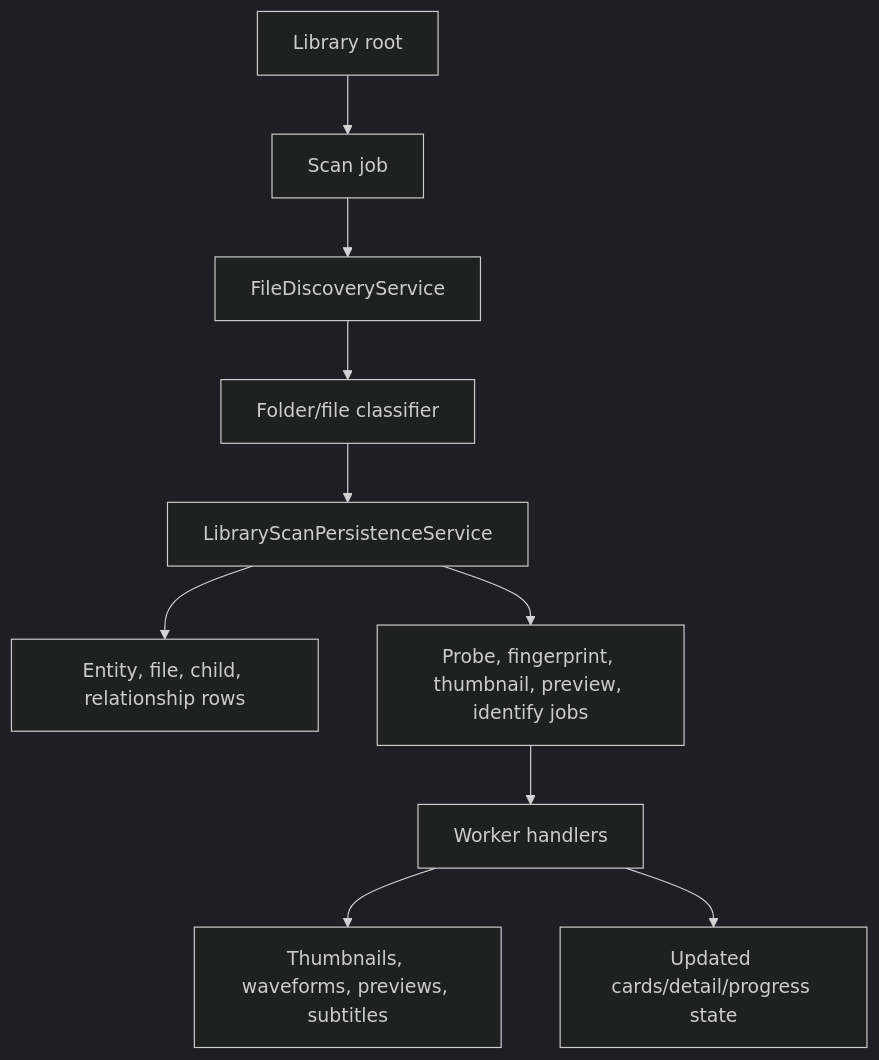
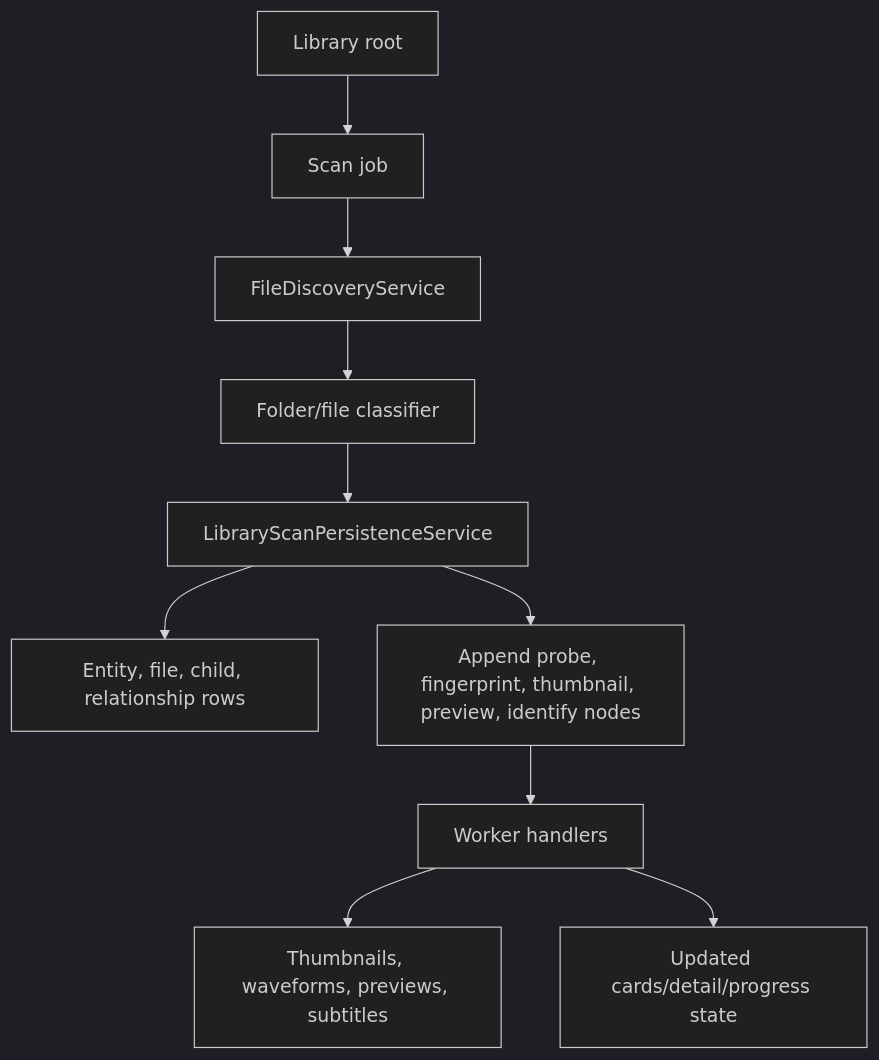
Before and after one commit to pauljoda/Prismedia: the tenth of 12 diagrams in documentation-site/docs/developers/codebase-flow.md, drawn with Mermaid (dark theme). The commit also changed other lines of this file and 8 other files, not shown here.

Commit message:
docs: document durable job graph architecture

````diff
--- a/documentation-site/docs/developers/codebase-flow.md
+++ b/documentation-site/docs/developers/codebase-flow.md
@@ -296,12 +297,12 @@
 ```mermaid
 flowchart TD
   Root["Library root"] --> ScanJob["Scan job"]
   ScanJob --> Discovery["FileDiscoveryService"]
   Discovery --> Classifier["Folder/file classifier"]
   Classifier --> Upsert["LibraryScanPersistenceService"]
   Upsert --> EntityRows["Entity, file, child, relationship rows"]
-  Upsert --> Downstream["Probe, fingerprint, thumbnail, preview, identify jobs"]
+  Upsert --> Downstream["Append probe, fingerprint, thumbnail, preview, identify nodes"]
   Downstream --> Workers["Worker handlers"]
   Workers --> GeneratedAssets["Thumbnails, waveforms, previews, subtitles"]
   Workers --> UpdatedDetail["Updated cards/detail/progress state"]
 ```
````
